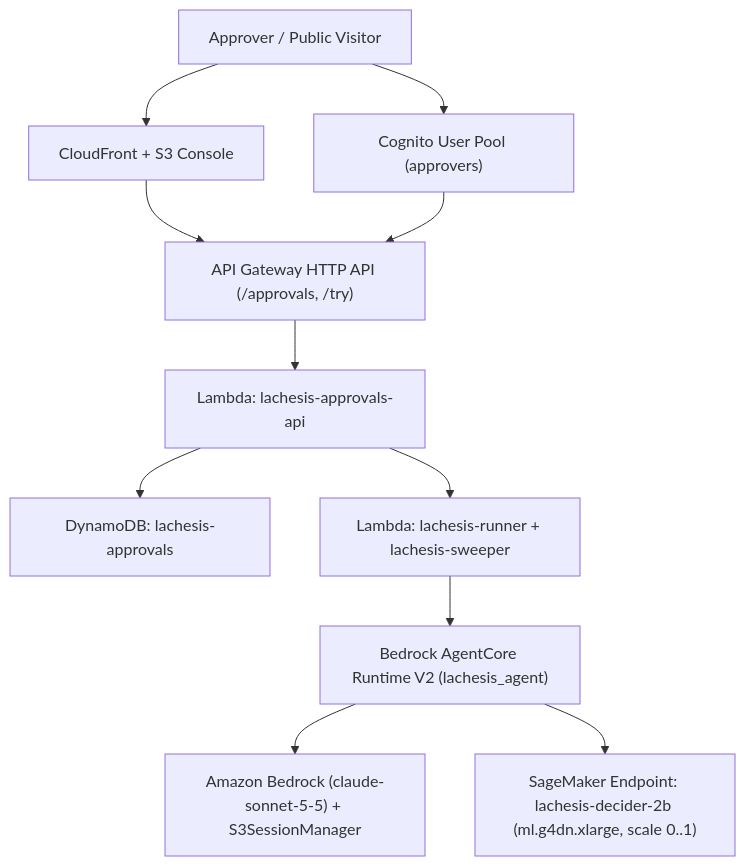
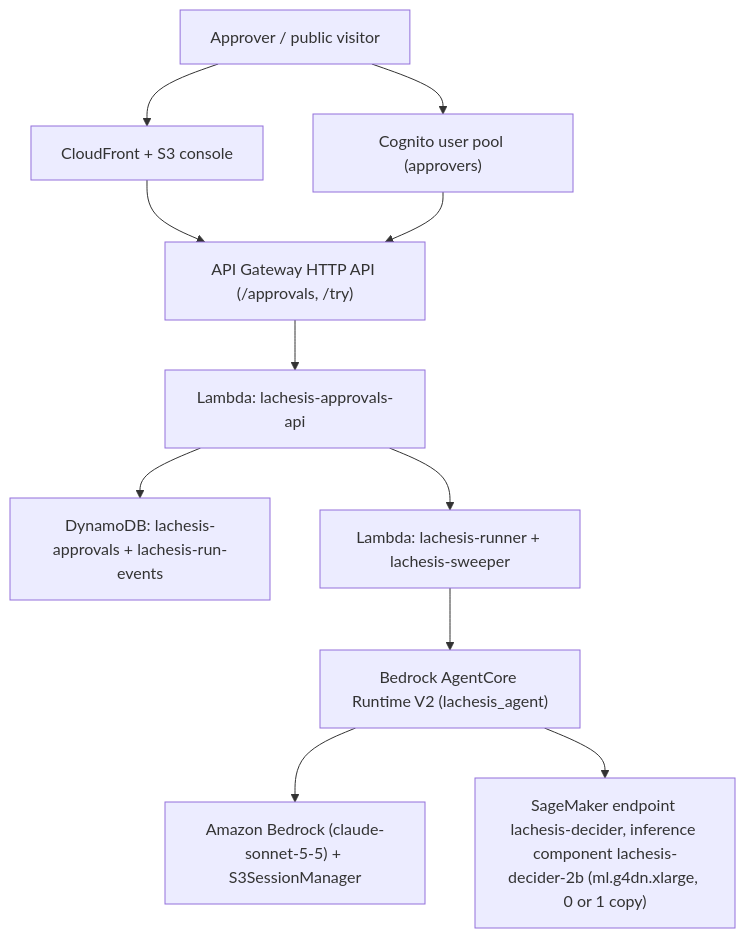
The second of 3 diagrams in README.md (upgradedev/lachesis-guard), drawn with Mermaid before and after one commit. The commit also changed other lines of this file, not shown here.

````diff
--- a/README.md
+++ b/README.md
@@ -167,13 +228,13 @@
 ```mermaid
 flowchart TB
-    U["Approver / Public Visitor"] --> CF["CloudFront + S3 Console"]
-    U --> COG["Cognito User Pool (approvers)"]
+    U["Approver / public visitor"] --> CF["CloudFront + S3 console"]
+    U --> COG["Cognito user pool (approvers)"]
     CF --> API["API Gateway HTTP API (/approvals, /try)"]
     COG --> API
     API --> LAPI["Lambda: lachesis-approvals-api"]
-    LAPI --> DDB["DynamoDB: lachesis-approvals"]
+    LAPI --> DDB["DynamoDB: lachesis-approvals + lachesis-run-events"]
     LAPI --> LRUN["Lambda: lachesis-runner + lachesis-sweeper"]
     LRUN --> AC["Bedrock AgentCore Runtime V2 (lachesis_agent)"]
     AC --> BR["Amazon Bedrock (claude-sonnet-5-5) + S3SessionManager"]
-    AC --> SM["SageMaker Endpoint: lachesis-decider-2b (ml.g4dn.xlarge, scale 0..1)"]
+    AC --> SM["SageMaker endpoint lachesis-decider, inference component lachesis-decider-2b (ml.g4dn.xlarge, 0 or 1 copy)"]
 ```
````
